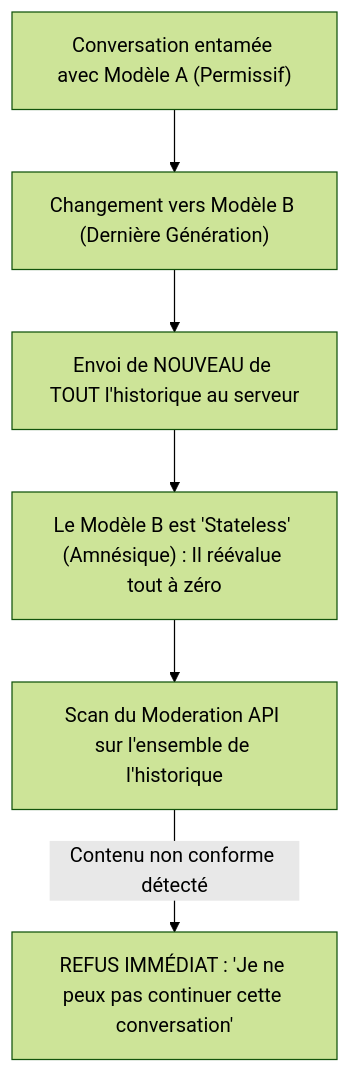
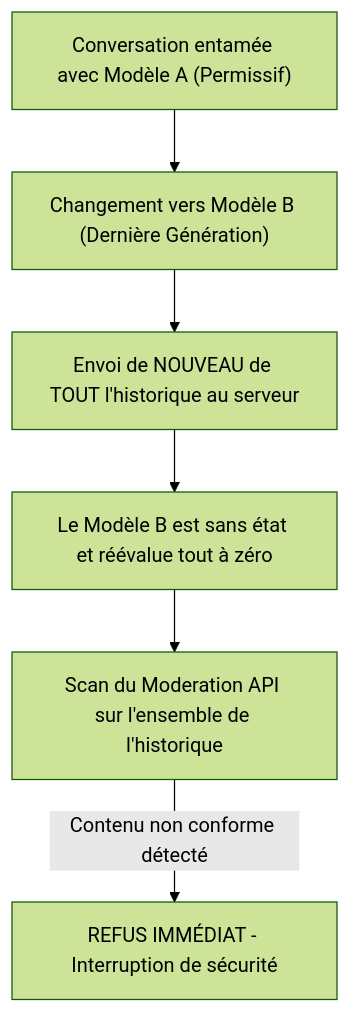
One commit to MidasRX/Research changed the diagram in 10_securite_openai_system_prompt_et_changement_de_modele.md. Above: the diagram before and after it, drawn with Mermaid (forest theme). The commit also changed 1 other file, not shown here.

Commit message:
fix: correction de la syntaxe des diagrammes Mermaid dans Tomes 09 et 10 pour affichage GitHub sans erreur

````diff
--- a/10_securite_openai_system_prompt_et_changement_de_modele.md
+++ b/10_securite_openai_system_prompt_et_changement_de_modele.md
@@ -97,8 +97,8 @@
 ```mermaid
 flowchart TD
     A["Conversation entamée avec Modèle A (Permissif)"] --> B["Changement vers Modèle B (Dernière Génération)"]
     B --> C["Envoi de NOUVEAU de TOUT l'historique au serveur"]
-    C --> D["Le Modèle B est 'Stateless' (Amnésique) : Il réévalue tout à zéro"]
+    C --> D["Le Modèle B est sans état et réévalue tout à zéro"]
     D --> E["Scan du Moderation API sur l'ensemble de l'historique"]
-    E -->|Contenu non conforme détecté| F["REFUS IMMÉDIAT : 'Je ne peux pas continuer cette conversation'"]
+    E -->|"Contenu non conforme détecté"| F["REFUS IMMÉDIAT - Interruption de sécurité"]
 ```
````
